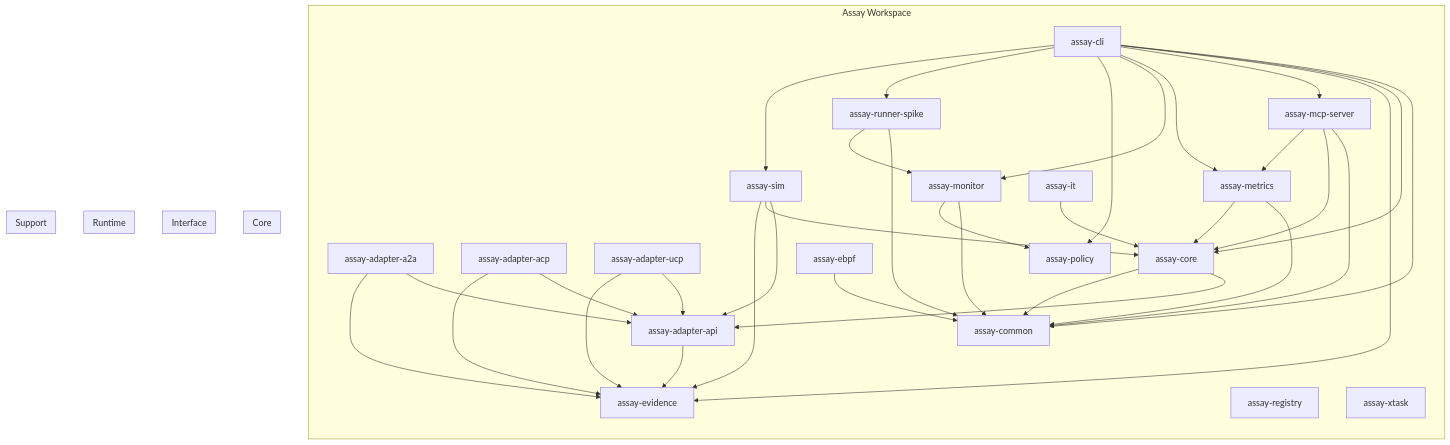
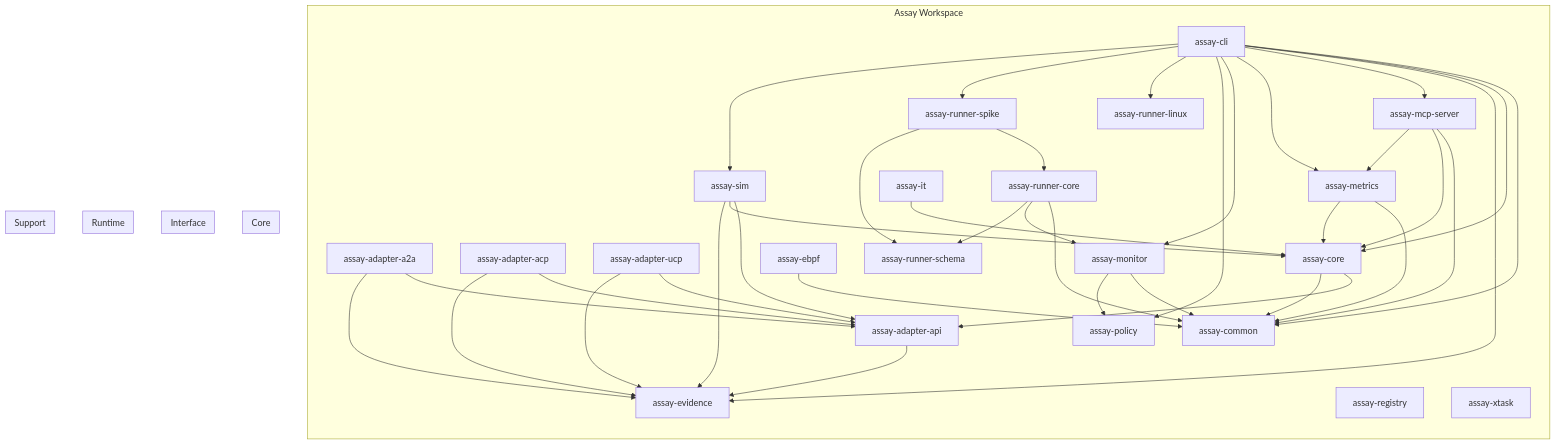
The diagram in docs/generated/crate-deps.mermaid (Rul1an/assay), drawn with Mermaid before and after one commit. The commit also changed 1 other file, not shown here.

Commit message:
docs: auto-update diagrams and crate info

```diff
--- a/docs/generated/crate-deps.mermaid
+++ b/docs/generated/crate-deps.mermaid
@@ -1,80 +1,87 @@
 flowchart TB
     subgraph workspace["Assay Workspace"]
         direction TB
         assay_adapter_a2a["assay-adapter-a2a"]
         assay_adapter_acp["assay-adapter-acp"]
         assay_adapter_api["assay-adapter-api"]
         assay_adapter_ucp["assay-adapter-ucp"]
         assay_cli["assay-cli"]
         assay_common["assay-common"]
         assay_core["assay-core"]
         assay_ebpf["assay-ebpf"]
         assay_evidence["assay-evidence"]
         assay_it["assay-it"]
         assay_mcp_server["assay-mcp-server"]
         assay_metrics["assay-metrics"]
         assay_monitor["assay-monitor"]
         assay_policy["assay-policy"]
         assay_registry["assay-registry"]
+        assay_runner_core["assay-runner-core"]
+        assay_runner_linux["assay-runner-linux"]
+        assay_runner_schema["assay-runner-schema"]
         assay_runner_spike["assay-runner-spike"]
         assay_sim["assay-sim"]
         assay_xtask["assay-xtask"]
     end
 
     assay_adapter_a2a --> assay_adapter_api
     assay_adapter_a2a --> assay_evidence
     assay_adapter_acp --> assay_adapter_api
     assay_adapter_acp --> assay_evidence
     assay_adapter_api --> assay_evidence
     assay_adapter_ucp --> assay_adapter_api
     assay_adapter_ucp --> assay_evidence
     assay_cli --> assay_common
     assay_cli --> assay_core
     assay_cli --> assay_evidence
     assay_cli --> assay_mcp_server
     assay_cli --> assay_metrics
     assay_cli --> assay_monitor
     assay_cli --> assay_policy
+    assay_cli --> assay_runner_linux
     assay_cli --> assay_runner_spike
     assay_cli --> assay_sim
     assay_core --> assay_adapter_api
     assay_core --> assay_common
     assay_ebpf --> assay_common
     assay_it --> assay_core
     assay_mcp_server --> assay_common
     assay_mcp_server --> assay_core
     assay_mcp_server --> assay_metrics
     assay_metrics --> assay_common
     assay_metrics --> assay_core
     assay_monitor --> assay_common
     assay_monitor --> assay_policy
-    assay_runner_spike --> assay_common
-    assay_runner_spike --> assay_monitor
+    assay_runner_core --> assay_common
+    assay_runner_core --> assay_monitor
+    assay_runner_core --> assay_runner_schema
+    assay_runner_spike --> assay_runner_core
+    assay_runner_spike --> assay_runner_schema
     assay_sim --> assay_adapter_api
     assay_sim --> assay_core
     assay_sim --> assay_evidence
 
     %% Logical groupings for readability
     subgraph core["Core"]
         assay_core
         assay_metrics
         assay_policy
         assay_evidence
         assay_common
     end
 
     subgraph interface["Interface"]
         assay_cli
         assay_mcp_server
     end
 
     subgraph runtime["Runtime"]
         assay_monitor
         assay_ebpf
     end
 
     subgraph support["Support"]
         assay_sim
         assay_xtask
         assay_registry
     end
```
